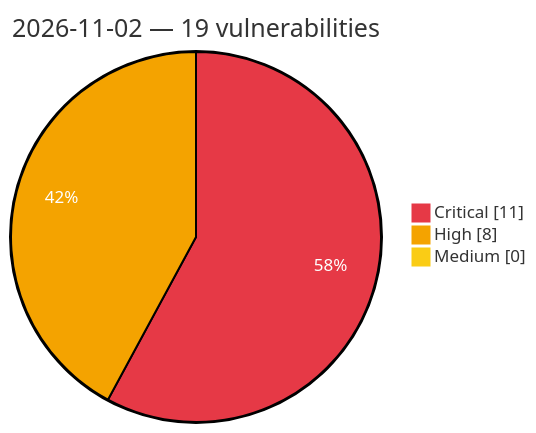
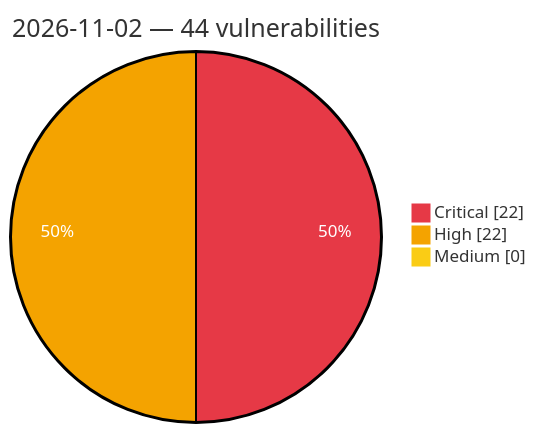
One commit to GhostX0X/vuln-tracker changed the diagram in vulnerabilities/2026/November/2026-11-02.md. Above: the diagram before and after it, drawn with Mermaid. The commit also changed other lines of this file and 5 other files, not shown here.

Commit message:
Auto update: critical/high vulns (2026-11-02 19:42 UTC)

````diff
--- a/vulnerabilities/2026/November/2026-11-02.md
+++ b/vulnerabilities/2026/November/2026-11-02.md
@@ -3,8 +3,8 @@
 ```mermaid
 %%{init: {'theme':'base', 'themeVariables': {'pie1':'#e63946', 'pie2':'#f4a300', 'pie3':'#facc15', 'pieOpacity':'1', 'pieOuterStrokeWidth':'2px', 'pieSectionTextColor':'#ffffff'}}}%%
 pie showData
-    title 2026-11-02 — 19 vulnerabilities
-    "Critical" : 11
-    "High" : 8
+    title 2026-11-02 — 44 vulnerabilities
+    "Critical" : 22
+    "High" : 22
     "Medium" : 0
 ```
````
